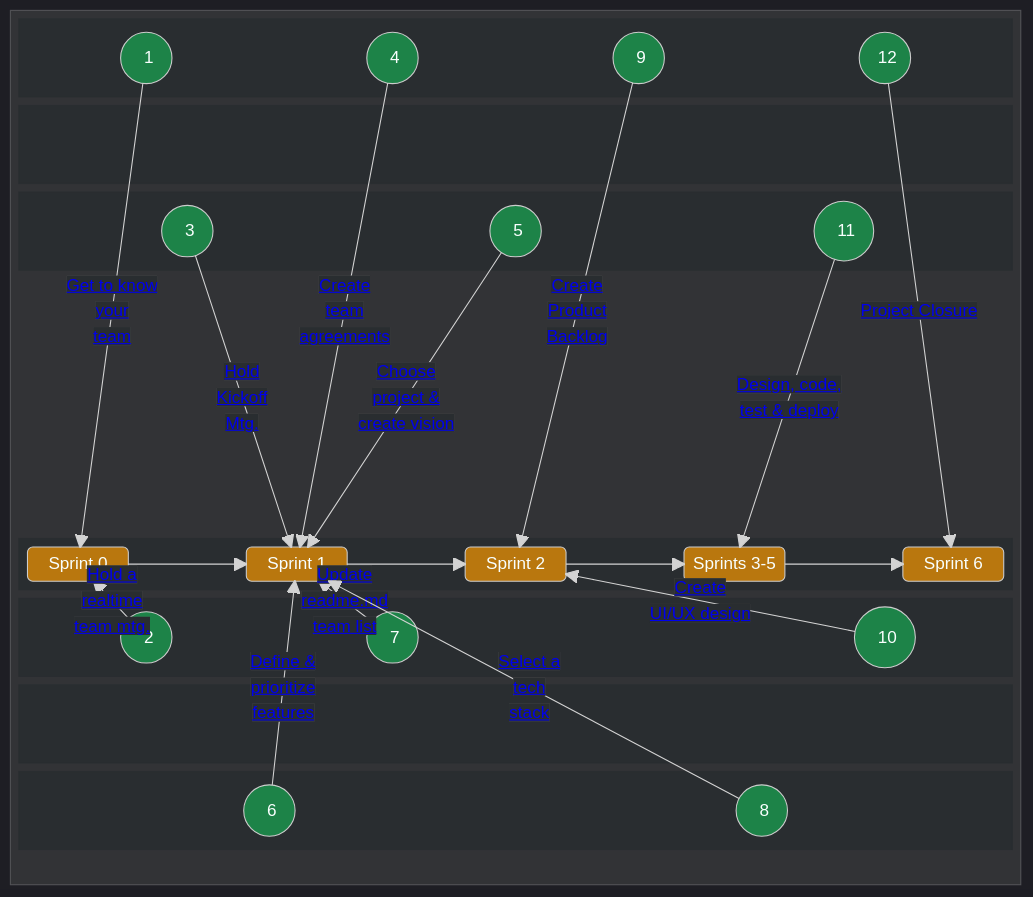
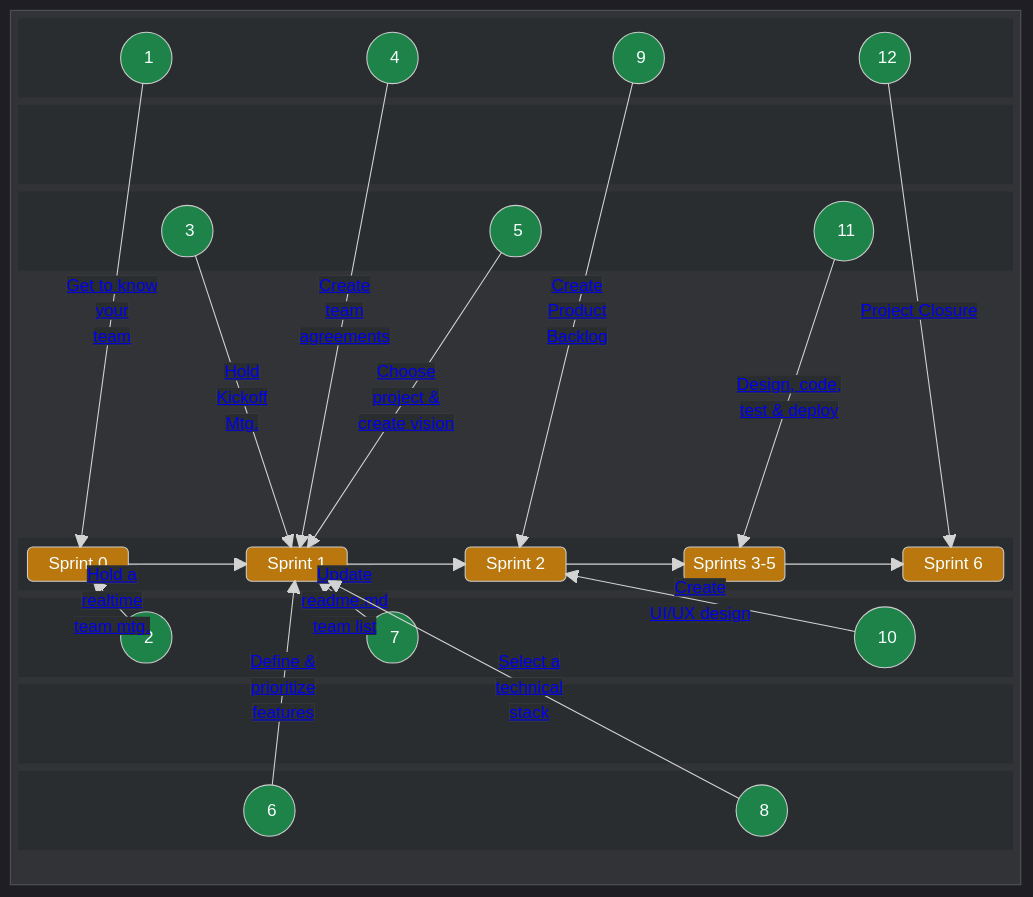
The first of 2 diagrams in docs/guides/voyage/voyage.md (chingu-voyages/Handbook), drawn with Mermaid before and after one commit. The commit also changed other lines of this file, not shown here.

Commit message:
Feature: Add technical stack selection [WIP]

```diff
--- a/docs/guides/voyage/voyage.md
+++ b/docs/guides/voyage/voyage.md
@@ -131,7 +131,7 @@
       A5 -- "<a style="background-color:#292d30" href="https://github.com/chingu-voyages/Handbook/blob/main/docs/guides/voyage/voyage.md#5-choose-a-project--create-a-vision-statement-">Choose</br>project &</br>create vision</a>" --> SPRINT1
       A6 -- "<a style="background-color:#292d30" href="https://github.com/chingu-voyages/Handbook/blob/main/docs/guides/voyage/voyage.md#6-define--prioritize-mvp-features-">Define &</br>prioritize</br>features</a>" --> SPRINT1
       A7 -- "<a style="background-color:#292d30" href="https://github.com/chingu-voyages/Handbook/blob/main/docs/guides/voyage/voyage.md#7-add-your-info-to-the-team-list-in-your-readmemd-%EF%B8%8F">Update</br>readme.md</br>team list<a/>" --> SPRINT1
-      A8 -- "<a style="background-color:#292d30" href="https://github.com/chingu-voyages/Handbook/blob/main/docs/guides/voyage/voyage.md#8-select-a-tech-stack">Select a</br>tech</br>stack</a>" --> SPRINT1
+      A8 -- "<a style="background-color:#292d30" href="https://github.com/chingu-voyages/Handbook/blob/main/docs/guides/voyage/voyage.md#8-select-a-tech-stack">Select a</br>technical</br>stack</a>" --> SPRINT1
       A9 -- "<a style="background-color:#292d30" href="https://github.com/chingu-voyages/Handbook/blob/main/docs/guides/voyage/voyage.md#9-setup-product-backlog-">Create</br>Product</br>Backlog</a>" --> SPRINT2
       A10 -- "<a style="background-color:#292d30" href="https://github.com/chingu-voyages/Handbook/blob/main/docs/guides/voyage/voyage.md#10-create-a-low-fidelity-wireframe-%EF%B8%8F">Create</br>UI/UX design</a>" --> SPRINT2
       A11 -- "<a style="background-color:#292d30" href="https://github.com/chingu-voyages/Handbook/blob/main/docs/guides/voyage/voyage.md#11-sprint-3-5---reaching-your-mvp-">Design, code,</br>test & deploy</a>" --> SPRINTS35
```
